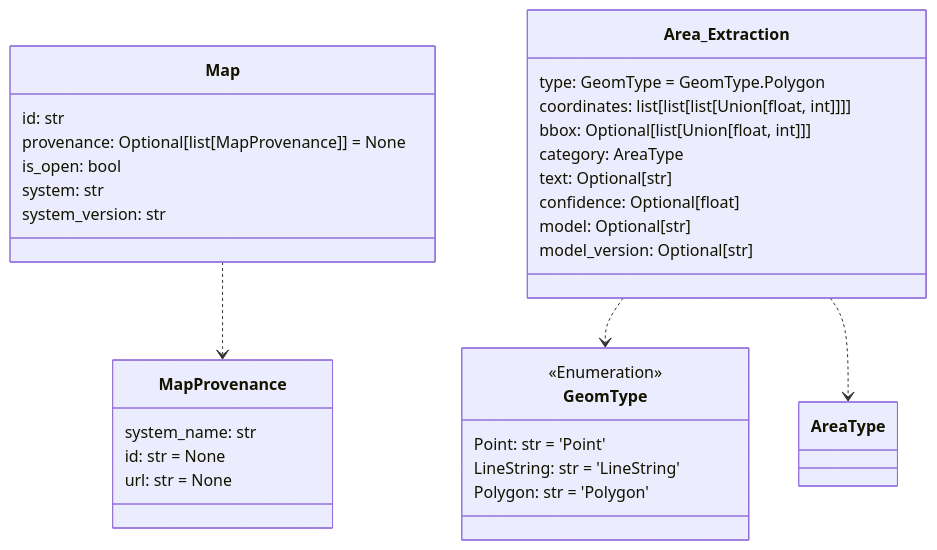
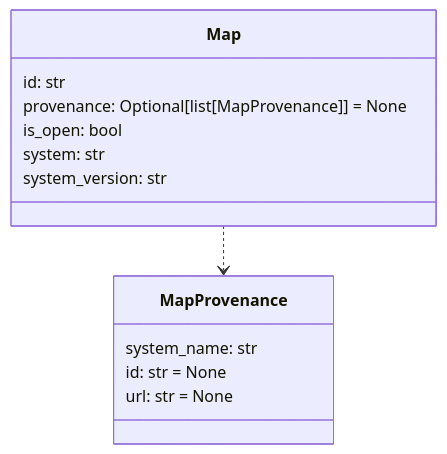
Before and after one commit to DARPA-CRITICALMAAS/cdr_schemas: diagram 12 of 12 in README.md, drawn with Mermaid. The commit also changed 4 other files, not shown here.

````diff
--- a/README.md
+++ b/README.md
@@ -862,41 +868,21 @@
 ```mermaid
 classDiagram
-
-    class GeomType {
-        <<Enumeration>>
-        Point: str = 'Point'
-        LineString: str = 'LineString'
-        Polygon: str = 'Polygon'
-    }
 
     class Map {
         id: str
         provenance: Optional[list[MapProvenance]] = None
         is_open: bool
         system: str
         system_version: str
     }
 
-    class Area_Extraction {
-        type: GeomType = GeomType.Polygon
-        coordinates: list[list[list[Union[float, int]]]]
-        bbox: Optional[list[Union[float, int]]]
-        category: AreaType
-        text: Optional[str]
-        confidence: Optional[float]
-        model: Optional[str]
-        model_version: Optional[str]
-    }
-
     class MapProvenance {
         system_name: str
         id: str = None
         url: str = None
     }
 
-    Area_Extraction ..> GeomType
-    Area_Extraction ..> AreaType
     Map ..> MapProvenance
 
 
 ```
````
